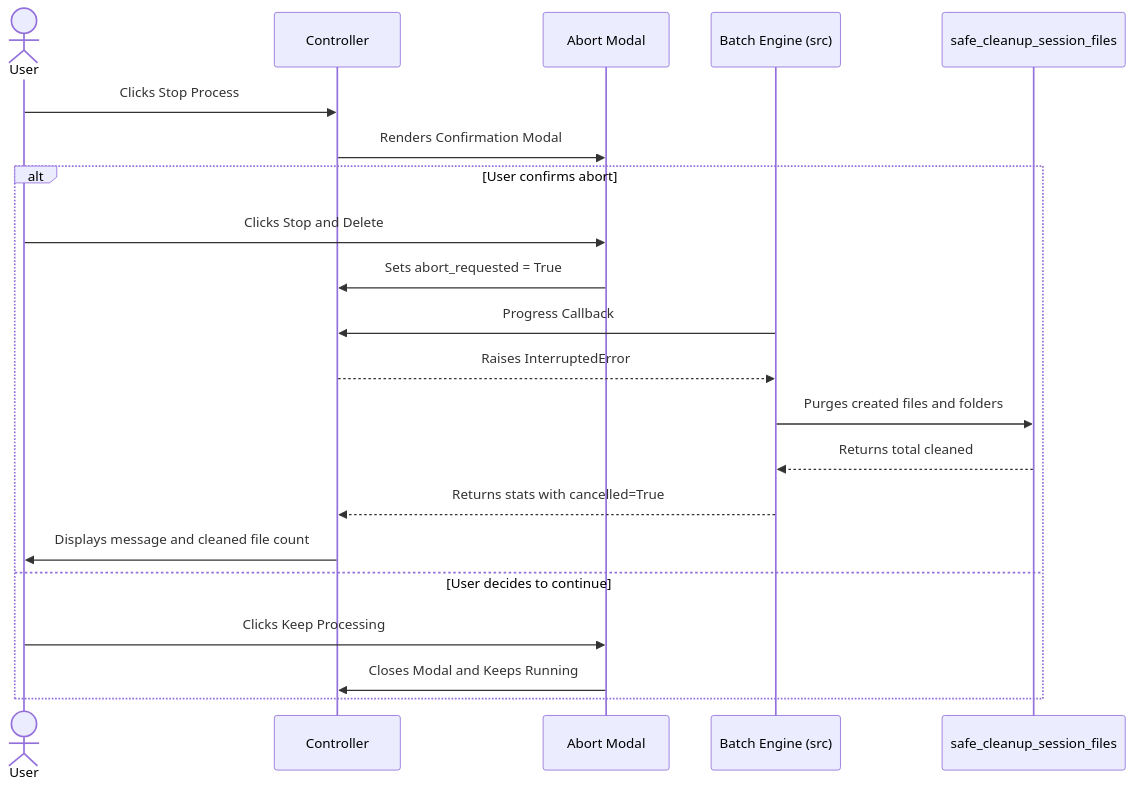
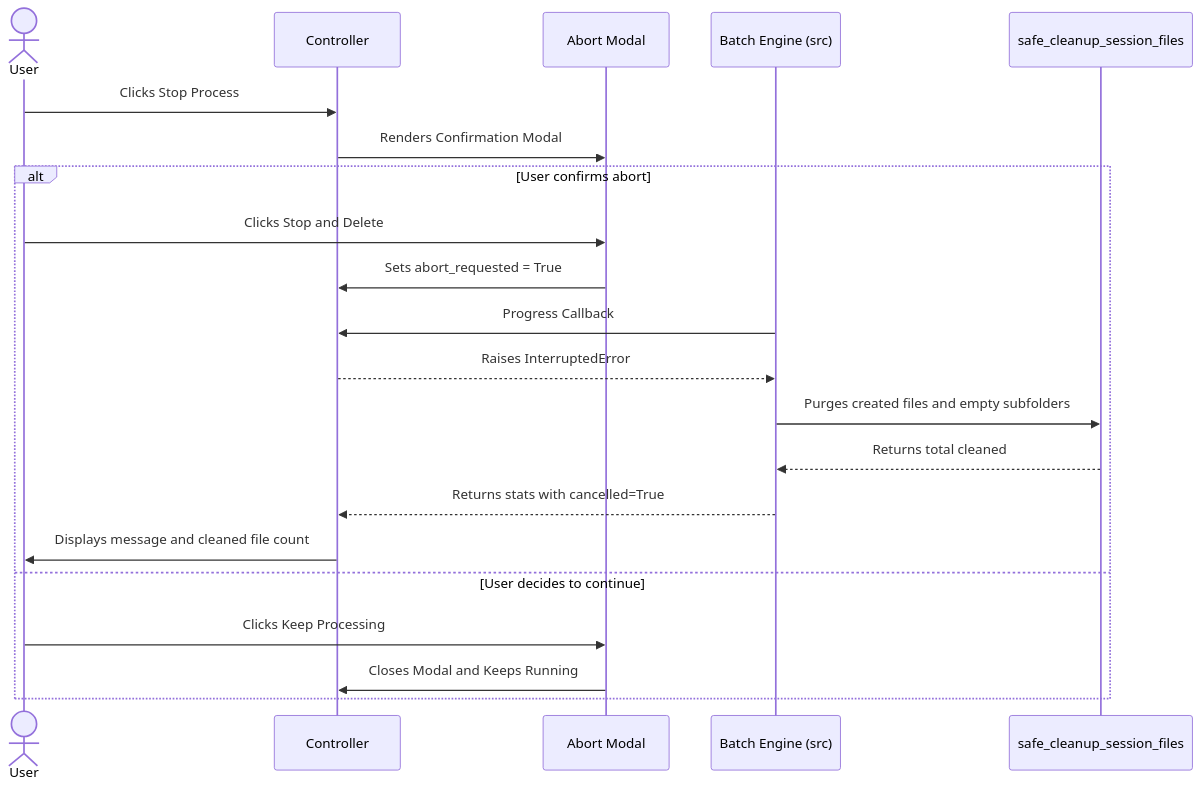
One commit to brunothinker/FallByte changed the second of 4 diagrams in ARCHITECTURE.md. Above: the diagram before and after it, drawn with Mermaid. The commit also changed other lines of this file and 1 other file, not shown here.

First line of the commit message:
fix(build): align binary path structure with binary manager and update architecture docs

````diff
--- a/ARCHITECTURE.md
+++ b/ARCHITECTURE.md
@@ -128,26 +146,26 @@
 ```mermaid
 sequenceDiagram
 
 actor User as User
 participant Controller as Controller
 participant Dialog as Abort Modal
 participant Engine as Batch Engine (src)
 participant Cleanup as safe_cleanup_session_files
 
 User->>Controller: Clicks Stop Process
 Controller->>Dialog: Renders Confirmation Modal
 
 alt User confirms abort
     User->>Dialog: Clicks Stop and Delete
     Dialog->>Controller: Sets abort_requested = True
     Engine->>Controller: Progress Callback
     Controller-->>Engine: Raises InterruptedError
-    Engine->>Cleanup: Purges created files and folders
+    Engine->>Cleanup: Purges created files and empty subfolders
     Cleanup-->>Engine: Returns total cleaned
     Engine-->>Controller: Returns stats with cancelled=True
     Controller->>User: Displays message and cleaned file count
 else User decides to continue
     User->>Dialog: Clicks Keep Processing
     Dialog->>Controller: Closes Modal and Keeps Running
 end
 ```
````
